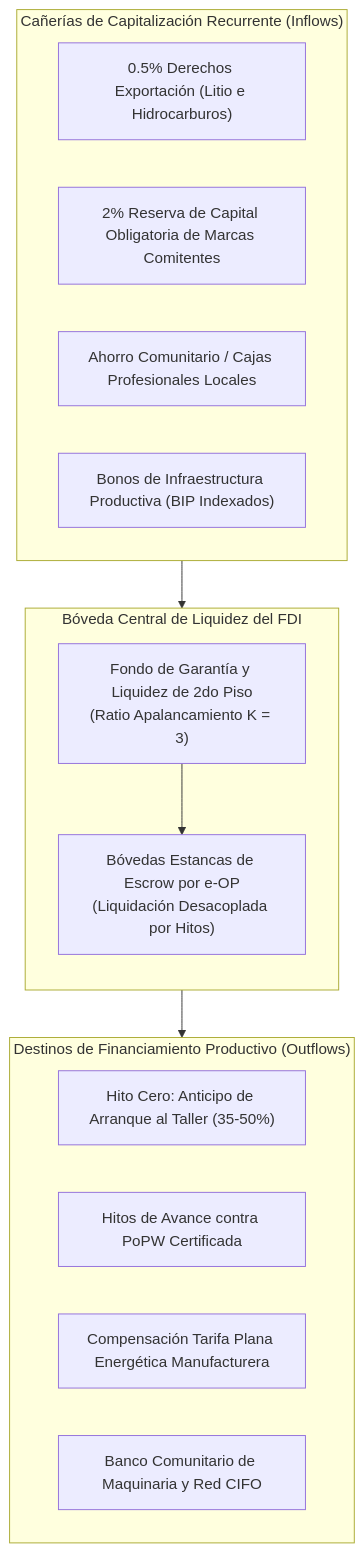
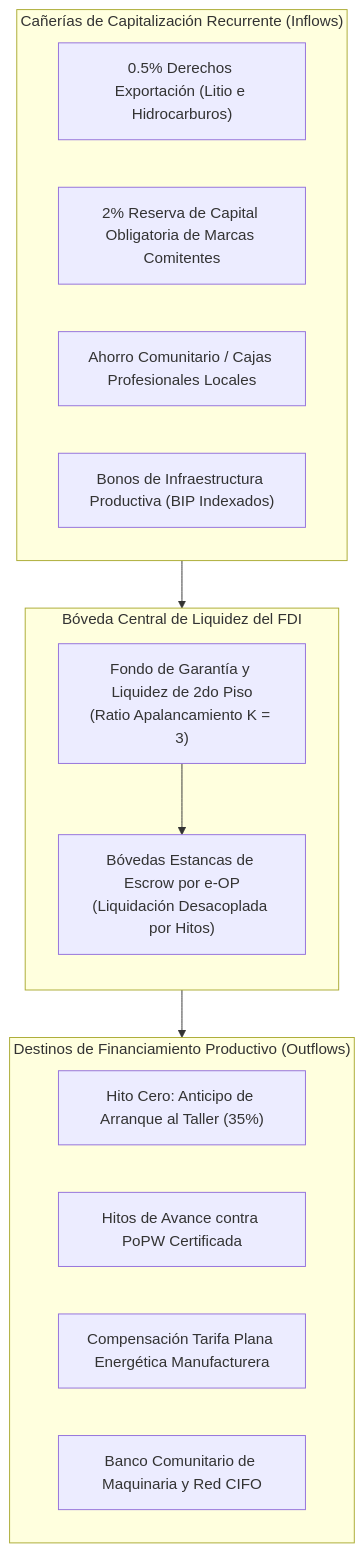
Before and after one commit to sarthouse/indinopy: the fourth of 6 diagrams in docs/paper_protocolo_eop_gobernanza_industrial.md, drawn with Mermaid. The commit also changed other lines of this file, not shown here.

````diff
--- a/docs/paper_protocolo_eop_gobernanza_industrial.md
+++ b/docs/paper_protocolo_eop_gobernanza_industrial.md
@@ -252,26 +261,26 @@
 ```mermaid
 flowchart TD
     subgraph INFLOWS["Cañerías de Capitalización Recurrente (Inflows)"]
         F1["0.5% Derechos Exportación (Litio e Hidrocarburos)"]
         F2["2% Reserva de Capital Obligatoria de Marcas Comitentes"]
         F3["Ahorro Comunitario / Cajas Profesionales Locales"]
         F4["Bonos de Infraestructura Productiva (BIP Indexados)"]
     end
 
     subgraph FDI_VAULT["Bóveda Central de Liquidez del FDI"]
         direction TB
         POOL["Fondo de Garantía y Liquidez de 2do Piso\n(Ratio Apalancamiento K = 3)"]
         ESCROW["Bóvedas Estancas de Escrow por e-OP\n(Liquidación Desacoplada por Hitos)"]
     end
 
     subgraph OUTFLOWS["Destinos de Financiamiento Productivo (Outflows)"]
-        P1["Hito Cero: Anticipo de Arranque al Taller (35-50%)"]
+        P1["Hito Cero: Anticipo de Arranque al Taller (35%)"]
         P2["Hitos de Avance contra PoPW Certificada"]
         P3["Compensación Tarifa Plana Energética Manufacturera"]
         P4["Banco Comunitario de Maquinaria y Red CIFO"]
     end
 
     INFLOWS --> POOL
     POOL --> ESCROW
     ESCROW --> OUTFLOWS
 ```
````
